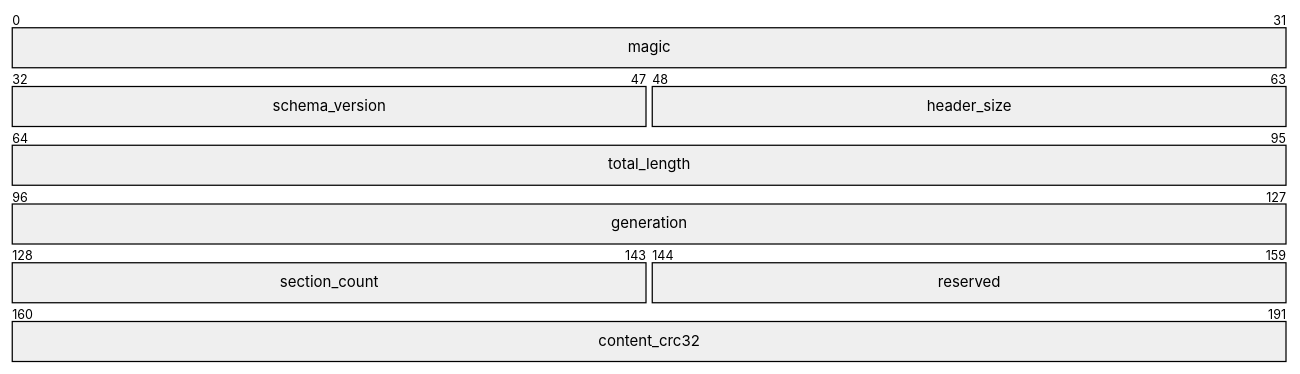
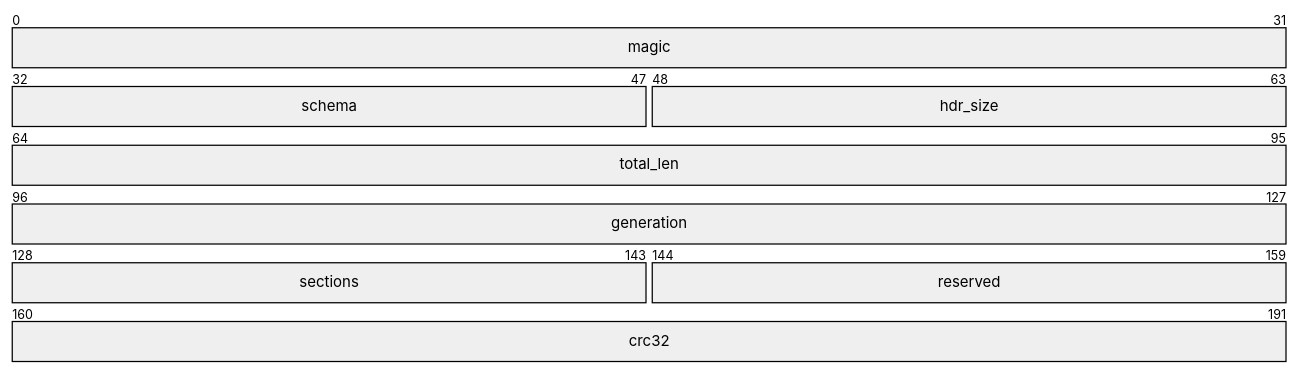
Before and after one commit to Mrunmoy/diagnostics: the sixth of 10 diagrams in docs/design.md, drawn with Mermaid. The commit also changed other lines of this file, not shown here.

Commit message:
Fix design diagram rendering

````diff
--- a/docs/design.md
+++ b/docs/design.md
@@ -251,11 +280,11 @@
 ```mermaid
 packet
 0-31: "magic"
-32-47: "schema_version"
-48-63: "header_size"
-64-95: "total_length"
+32-47: "schema"
+48-63: "hdr_size"
+64-95: "total_len"
 96-127: "generation"
-128-143: "section_count"
+128-143: "sections"
 144-159: "reserved"
-160-191: "content_crc32"
+160-191: "crc32"
 ```
````
